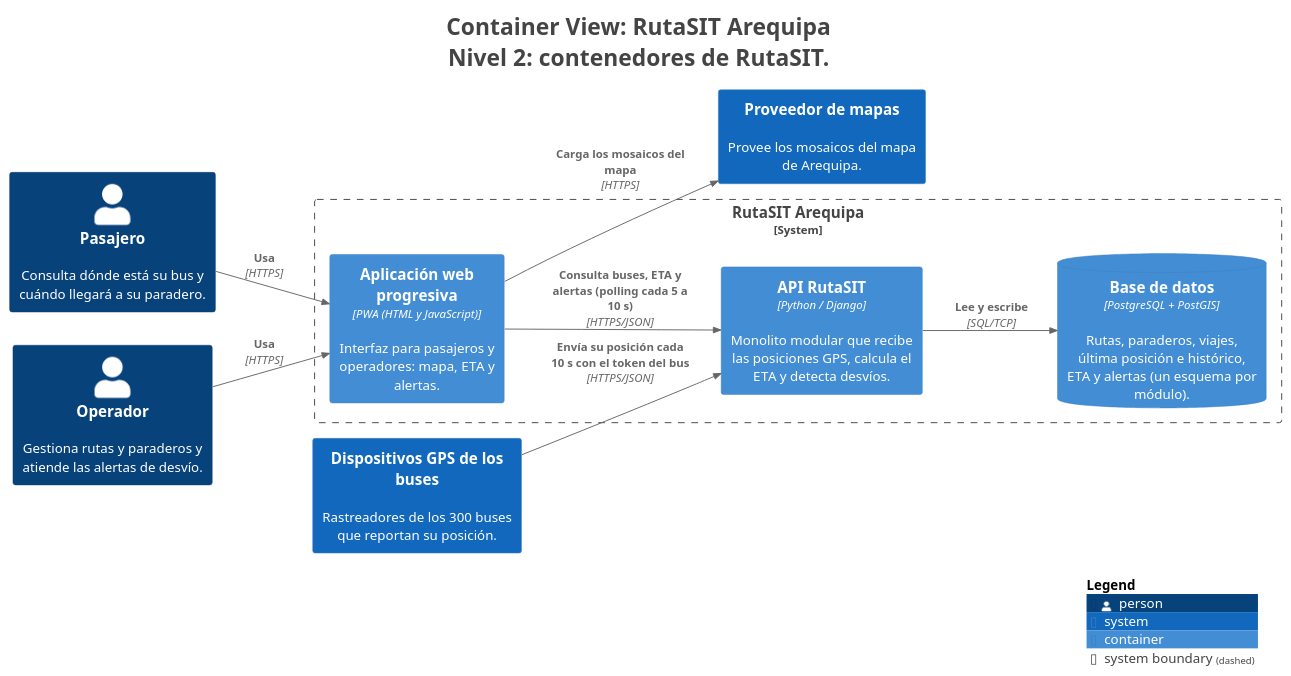
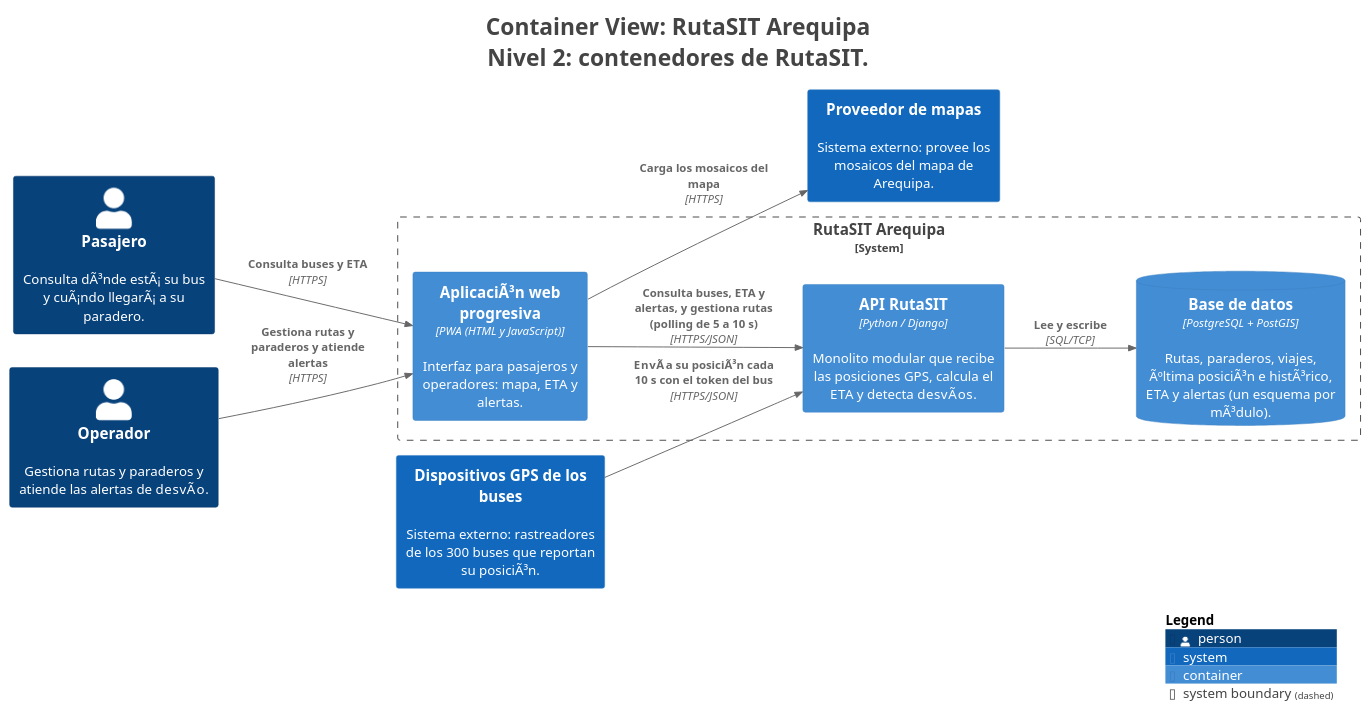
One commit to Camila-Alarico/cs-2026b-lab04--grupo06 changed the diagram in docs/architecture/c4/export/structurizr-Contenedores.puml. Above: the diagram before and after it, drawn with PlantUML. The commit also changed 15 other files, not shown here.

```diff
--- a/docs/architecture/c4/export/structurizr-Contenedores.puml
+++ b/docs/architecture/c4/export/structurizr-Contenedores.puml
@@ -1,38 +1,38 @@
 @startuml
 title <size:24>Container View: RutaSIT Arequipa</size>\n<size:24>Nivel 2: contenedores de RutaSIT.</size>
 
 set separator none
 left to right direction
 
 <style>
   root {
     BackgroundColor: #ffffff
     FontColor: #444444
   }
 </style>
 
 !include <C4/C4>
 !include <C4/C4_Context>
 !include <C4/C4_Container>
 
-Person(Pasajero, "Pasajero", $descr="Consulta dónde está su bus y cuándo llegará a su paradero.", $tags="", $link="")
-Person(Operador, "Operador", $descr="Gestiona rutas y paraderos y atiende las alertas de desvío.", $tags="", $link="")
-System(DispositivosGPSdelosbuses, "Dispositivos GPS de los buses", $descr="Rastreadores de los 300 buses que reportan su posición.", $tags="", $link="")
-System(Proveedordemapas, "Proveedor de mapas", $descr="Provee los mosaicos del mapa de Arequipa.", $tags="", $link="")
+Person(Pasajero, "Pasajero", $descr="Consulta dÃ³nde estÃ¡ su bus y cuÃ¡ndo llegarÃ¡ a su paradero.", $tags="", $link="")
+Person(Operador, "Operador", $descr="Gestiona rutas y paraderos y atiende las alertas de desvÃ­o.", $tags="", $link="")
+System(DispositivosGPSdelosbuses, "Dispositivos GPS de los buses", $descr="Sistema externo: rastreadores de los 300 buses que reportan su posiciÃ³n.", $tags="", $link="")
+System(Proveedordemapas, "Proveedor de mapas", $descr="Sistema externo: provee los mosaicos del mapa de Arequipa.", $tags="", $link="")
 
 System_Boundary("RutaSITArequipa_boundary", "RutaSIT Arequipa", $tags="") {
-  ContainerDb(RutaSITArequipa.Basededatos, "Base de datos", $techn="PostgreSQL + PostGIS", $descr="Rutas, paraderos, viajes, última posición e histórico, ETA y alertas (un esquema por módulo).", $tags="", $link="")
-  Container(RutaSITArequipa.Aplicaciónwebprogresiva, "Aplicación web progresiva", $techn="PWA (HTML y JavaScript)", $descr="Interfaz para pasajeros y operadores: mapa, ETA y alertas.", $tags="", $link="")
-  Container(RutaSITArequipa.APIRutaSIT, "API RutaSIT", $techn="Python / Django", $descr="Monolito modular que recibe las posiciones GPS, calcula el ETA y detecta desvíos.", $tags="", $link="")
+  ContainerDb(RutaSITArequipa.Basededatos, "Base de datos", $techn="PostgreSQL + PostGIS", $descr="Rutas, paraderos, viajes, Ãºltima posiciÃ³n e histÃ³rico, ETA y alertas (un esquema por mÃ³dulo).", $tags="", $link="")
+  Container(RutaSITArequipa.AplicaciÃnwebprogresiva, "AplicaciÃ³n web progresiva", $techn="PWA (HTML y JavaScript)", $descr="Interfaz para pasajeros y operadores: mapa, ETA y alertas.", $tags="", $link="")
+  Container(RutaSITArequipa.APIRutaSIT, "API RutaSIT", $techn="Python / Django", $descr="Monolito modular que recibe las posiciones GPS, calcula el ETA y detecta desvÃ­os.", $tags="", $link="")
 }
 
-Rel(Pasajero, RutaSITArequipa.Aplicaciónwebprogresiva, "Usa", $techn="HTTPS", $tags="", $link="")
-Rel(Operador, RutaSITArequipa.Aplicaciónwebprogresiva, "Usa", $techn="HTTPS", $tags="", $link="")
-Rel(DispositivosGPSdelosbuses, RutaSITArequipa.APIRutaSIT, "Envía su posición cada 10 s con el token del bus", $techn="HTTPS/JSON", $tags="", $link="")
-Rel(RutaSITArequipa.Aplicaciónwebprogresiva, RutaSITArequipa.APIRutaSIT, "Consulta buses, ETA y alertas (polling cada 5 a 10 s)", $techn="HTTPS/JSON", $tags="", $link="")
-Rel(RutaSITArequipa.Aplicaciónwebprogresiva, Proveedordemapas, "Carga los mosaicos del mapa", $techn="HTTPS", $tags="", $link="")
+Rel(Pasajero, RutaSITArequipa.AplicaciÃnwebprogresiva, "Consulta buses y ETA", $techn="HTTPS", $tags="", $link="")
+Rel(Operador, RutaSITArequipa.AplicaciÃnwebprogresiva, "Gestiona rutas y paraderos y atiende alertas", $techn="HTTPS", $tags="", $link="")
+Rel(RutaSITArequipa.AplicaciÃnwebprogresiva, RutaSITArequipa.APIRutaSIT, "Consulta buses, ETA y alertas, y gestiona rutas (polling de 5 a 10 s)", $techn="HTTPS/JSON", $tags="", $link="")
+Rel(DispositivosGPSdelosbuses, RutaSITArequipa.APIRutaSIT, "EnvÃ­a su posiciÃ³n cada 10 s con el token del bus", $techn="HTTPS/JSON", $tags="", $link="")
+Rel(RutaSITArequipa.AplicaciÃnwebprogresiva, Proveedordemapas, "Carga los mosaicos del mapa", $techn="HTTPS", $tags="", $link="")
 Rel(RutaSITArequipa.APIRutaSIT, RutaSITArequipa.Basededatos, "Lee y escribe", $techn="SQL/TCP", $tags="", $link="")
 
 SHOW_LEGEND(true)
 hide stereotypes
 @enduml
```
